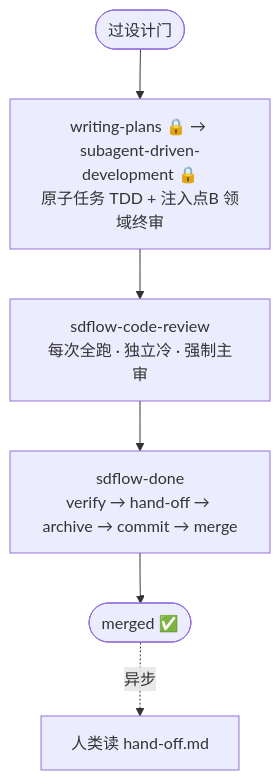
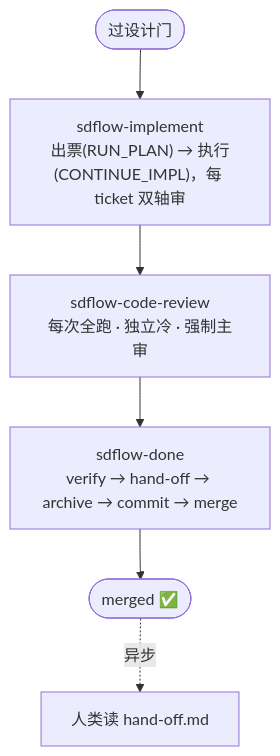
Before and after one commit to laodao-ai/sdflow-skills: the fifth of 8 diagrams in docs/workflow-overview.md, drawn with Mermaid. The commit also changed other lines of this file and 18 other files, not shown here.

````diff
--- a/docs/workflow-overview.md
+++ b/docs/workflow-overview.md
@@ -152,8 +152,8 @@
 ```mermaid
 flowchart TD
-    IN(["过设计门"]) --> P["writing-plans 🔒 → subagent-driven-development 🔒<br/>原子任务 TDD + 注入点B 领域终审"]
+    IN(["过设计门"]) --> P["sdflow-implement<br/>出票(RUN_PLAN) → 执行(CONTINUE_IMPL)，每 ticket 双轴审"]
     P --> CR["sdflow-code-review<br/>每次全跑 · 独立冷 · 强制主审"]
     CR --> DN["sdflow-done<br/>verify → hand-off → archive → commit → merge"]
     DN --> OUT(["merged ✅"])
     OUT -.异步.-> HO["人类读 hand-off.md"]
 ```
````
